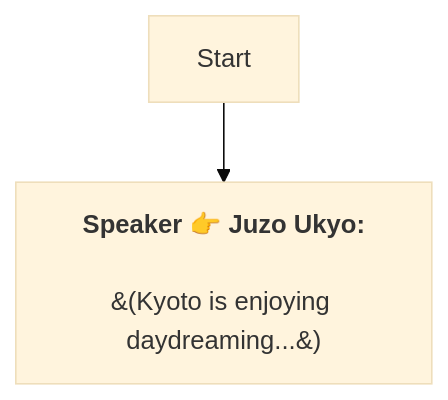
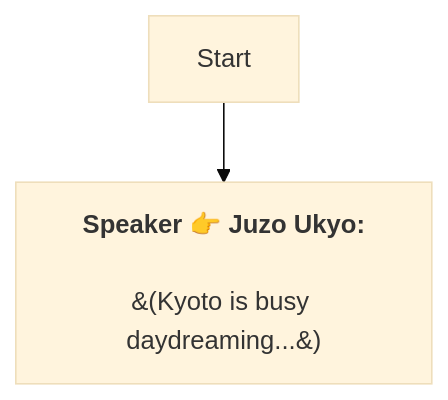
Before and after one commit to SoftHu/tos_avg: the diagram in En/Tachibanaukyo.md, drawn with Mermaid (base theme). The commit also changed 297 other files, not shown here.

````diff
--- a/En/Tachibanaukyo.md
+++ b/En/Tachibanaukyo.md
@@ -1,7 +1,7 @@
 ```mermaid
 graph
 Start -->1741633805427981[<b>Speaker 👉 Juzo Ukyo:</b>
 
-&#40;Kyoto is enjoying daydreaming...&#41;]
+&#40;Kyoto is busy daydreaming...&#41;]
 
  ```
````
